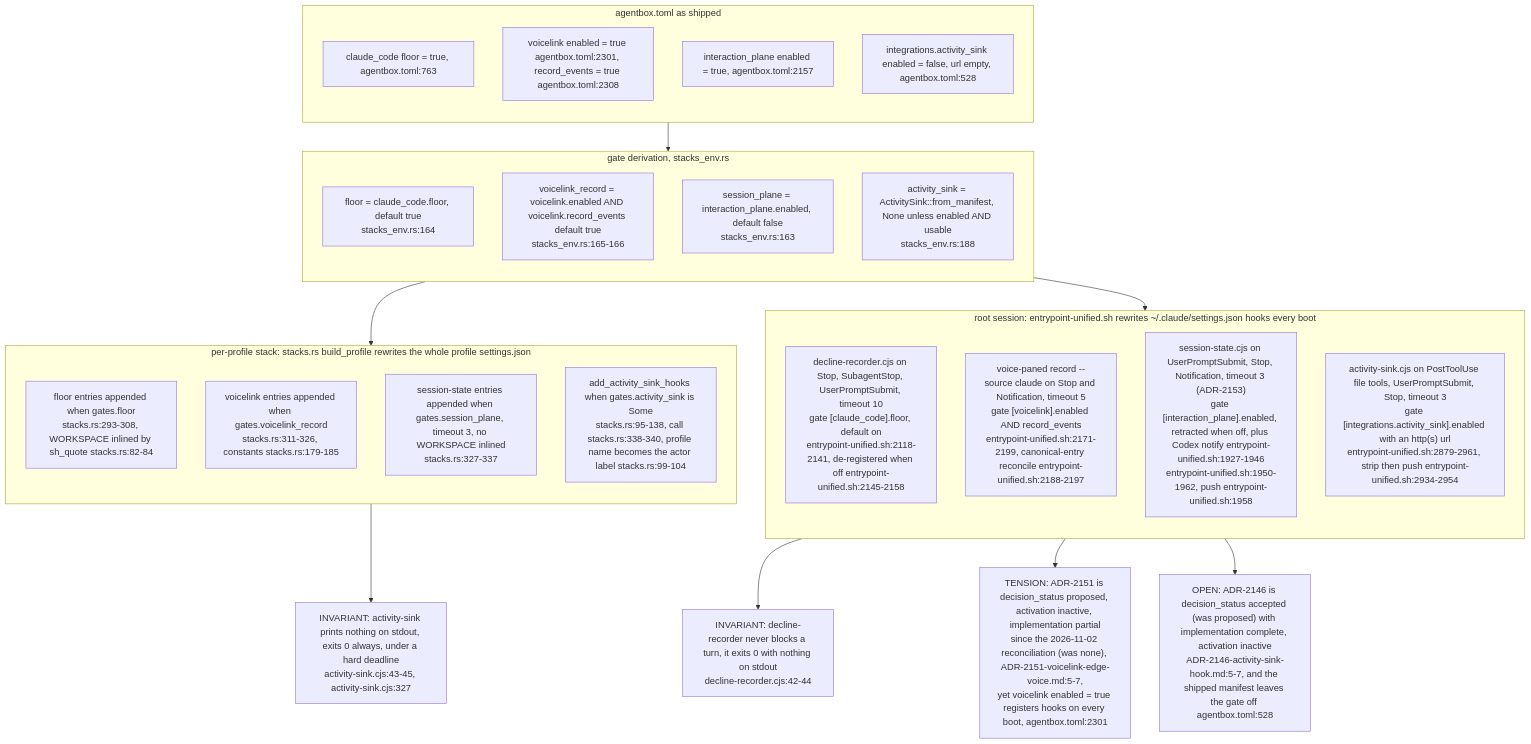
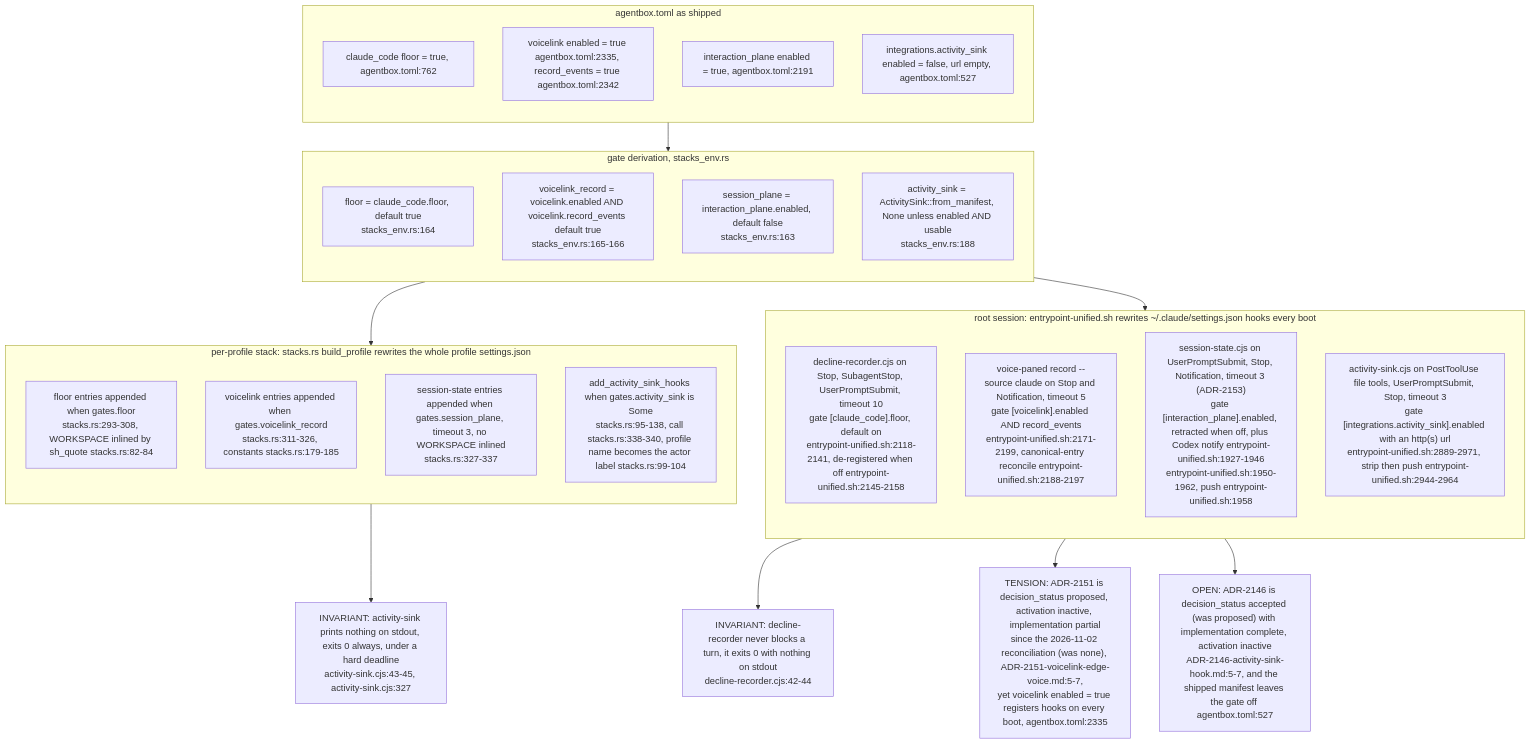
Before and after one commit to DreamLab-AI/VisionFlow: diagram 13 of 13 in docs/diagrams/agentbox/08-hooks-pipeline.md, drawn with Mermaid. The commit also changed other lines of this file, not shown here.

First line of the commit message:
diagrams(agentbox): re-verify AB-08 at agentbox 59b1aca

````diff
--- a/docs/diagrams/agentbox/08-hooks-pipeline.md
+++ b/docs/diagrams/agentbox/08-hooks-pipeline.md
@@ -594,41 +594,41 @@
 ```mermaid
 flowchart TB
     subgraph ROOT["root session: entrypoint-unified.sh rewrites ~/.claude/settings.json hooks every boot"]
     direction TB
     R1["decline-recorder.cjs on Stop, SubagentStop, UserPromptSubmit, timeout 10<br/>gate [claude_code].floor, default on<br/>entrypoint-unified.sh:2118-2141, de-registered when off entrypoint-unified.sh:2145-2158"]
     R2["voice-paned record --source claude on Stop and Notification, timeout 5<br/>gate [voicelink].enabled AND record_events<br/>entrypoint-unified.sh:2171-2199, canonical-entry reconcile entrypoint-unified.sh:2188-2197"]
     R4["session-state.cjs on UserPromptSubmit, Stop, Notification, timeout 3 (ADR-2153)<br/>gate [interaction_plane].enabled, retracted when off, plus Codex notify entrypoint-unified.sh:1927-1946<br/>entrypoint-unified.sh:1950-1962, push entrypoint-unified.sh:1958"]
-    R3["activity-sink.cjs on PostToolUse file tools, UserPromptSubmit, Stop, timeout 3<br/>gate [integrations.activity_sink].enabled with an http(s) url<br/>entrypoint-unified.sh:2879-2961, strip then push entrypoint-unified.sh:2934-2954"]
+    R3["activity-sink.cjs on PostToolUse file tools, UserPromptSubmit, Stop, timeout 3<br/>gate [integrations.activity_sink].enabled with an http(s) url<br/>entrypoint-unified.sh:2889-2971, strip then push entrypoint-unified.sh:2944-2964"]
     end
     subgraph PROF["per-profile stack: stacks.rs build_profile rewrites the whole profile settings.json"]
     direction TB
     P1["floor entries appended when gates.floor<br/>stacks.rs:293-308, WORKSPACE inlined by sh_quote stacks.rs:82-84"]
     P2["voicelink entries appended when gates.voicelink_record<br/>stacks.rs:311-326, constants stacks.rs:179-185"]
     P4["session-state entries appended when gates.session_plane, timeout 3, no WORKSPACE inlined<br/>stacks.rs:327-337"]
     P3["add_activity_sink_hooks when gates.activity_sink is Some<br/>stacks.rs:95-138, call stacks.rs:338-340, profile name becomes the actor label stacks.rs:99-104"]
     end
     subgraph GATE["gate derivation, stacks_env.rs"]
     direction TB
     G1["floor = claude_code.floor, default true<br/>stacks_env.rs:164"]
     G2["voicelink_record = voicelink.enabled AND voicelink.record_events default true<br/>stacks_env.rs:165-166"]
     G4["session_plane = interaction_plane.enabled, default false<br/>stacks_env.rs:163"]
     G3["activity_sink = ActivitySink::from_manifest, None unless enabled AND usable<br/>stacks_env.rs:188"]
     end
     subgraph MAN["agentbox.toml as shipped"]
     direction TB
-    M1["claude_code floor = true, agentbox.toml:763"]
-    M2["voicelink enabled = true agentbox.toml:2301, record_events = true agentbox.toml:2308"]
-    M4["interaction_plane enabled = true, agentbox.toml:2157"]
-    M3["integrations.activity_sink enabled = false, url empty, agentbox.toml:528"]
+    M1["claude_code floor = true, agentbox.toml:762"]
+    M2["voicelink enabled = true agentbox.toml:2335, record_events = true agentbox.toml:2342"]
+    M4["interaction_plane enabled = true, agentbox.toml:2191"]
+    M3["integrations.activity_sink enabled = false, url empty, agentbox.toml:527"]
     end
     MAN --> GATE --> PROF
     GATE --> ROOT
     NOTE1["INVARIANT: decline-recorder never blocks a turn, it exits 0 with nothing on stdout<br/>decline-recorder.cjs:42-44"]
     NOTE2["INVARIANT: activity-sink prints nothing on stdout, exits 0 always, under a hard deadline<br/>activity-sink.cjs:43-45, activity-sink.cjs:327"]
-    NOTE3["TENSION: ADR-2151 is decision_status proposed, activation inactive, implementation partial<br/>since the 2026-11-02 reconciliation (was none), ADR-2151-voicelink-edge-voice.md:5-7,<br/>yet voicelink enabled = true registers hooks on every boot, agentbox.toml:2301"]
-    NOTE4["OPEN: ADR-2146 is decision_status accepted (was proposed) with implementation complete, activation inactive<br/>ADR-2146-activity-sink-hook.md:5-7, and the shipped manifest leaves the gate off agentbox.toml:528"]
+    NOTE3["TENSION: ADR-2151 is decision_status proposed, activation inactive, implementation partial<br/>since the 2026-11-02 reconciliation (was none), ADR-2151-voicelink-edge-voice.md:5-7,<br/>yet voicelink enabled = true registers hooks on every boot, agentbox.toml:2335"]
+    NOTE4["OPEN: ADR-2146 is decision_status accepted (was proposed) with implementation complete, activation inactive<br/>ADR-2146-activity-sink-hook.md:5-7, and the shipped manifest leaves the gate off agentbox.toml:527"]
     ROOT --> NOTE1
     PROF --> NOTE2
     ROOT --> NOTE3
     ROOT --> NOTE4
 ```
````
